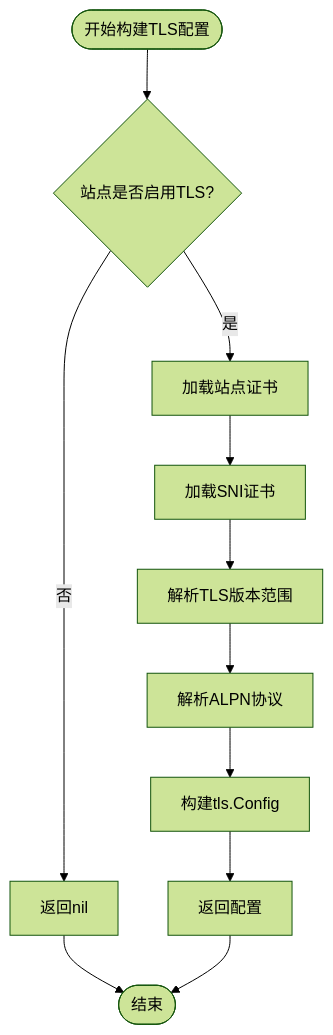
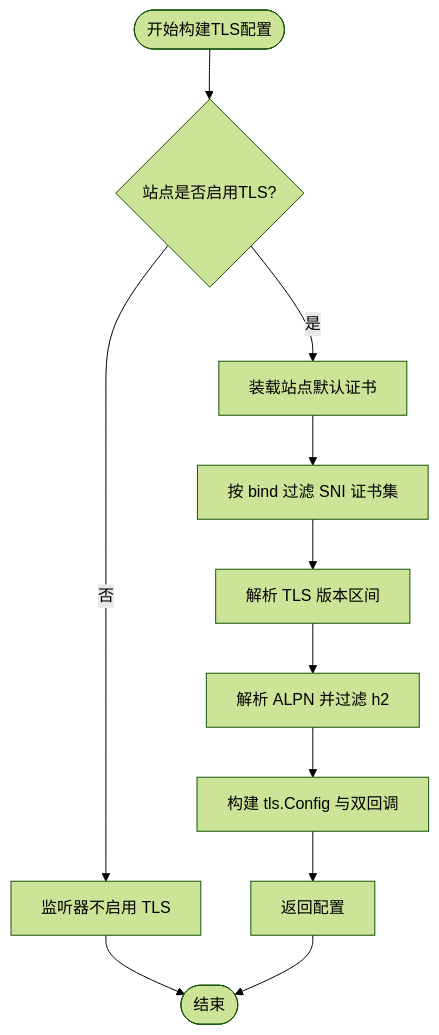
Before and after one commit to x01n/My-OpenWaf: the third of 9 diagrams in docs/数据平面处理/TLS 终止与证书管理.md, drawn with Mermaid (forest theme). The commit also changed other lines of this file and 622 other files, not shown here.

````diff
--- a/docs/数据平面处理/TLS 终止与证书管理.md
+++ b/docs/数据平面处理/TLS 终止与证书管理.md
@@ -123,13 +211,13 @@
 ```mermaid
 flowchart TD
 Start([开始构建TLS配置]) --> CheckSiteTLS{"站点是否启用TLS?"}
-CheckSiteTLS --> |否| ReturnNil[返回nil]
-CheckSiteTLS --> |是| LoadSiteCert[加载站点证书]
-LoadSiteCert --> LoadSNICerts[加载SNI证书]
-LoadSNICerts --> ParseVersions[解析TLS版本范围]
-ParseVersions --> ParseALPN[解析ALPN协议]
-ParseALPN --> BuildConfig[构建tls.Config]
-BuildConfig --> ReturnConfig[返回配置]
+CheckSiteTLS --> |否| ReturnNil["监听器不启用 TLS"]
+CheckSiteTLS --> |是| LoadSiteCert["装载站点默认证书"]
+LoadSiteCert --> LoadSNICerts["按 bind 过滤 SNI 证书集"]
+LoadSNICerts --> ParseVersions["解析 TLS 版本区间"]
+ParseVersions --> ParseALPN["解析 ALPN 并过滤 h2"]
+ParseALPN --> BuildConfig["构建 tls.Config 与双回调"]
+BuildConfig --> ReturnConfig["返回配置"]
 ReturnNil --> End([结束])
 ReturnConfig --> End
 ```
````
